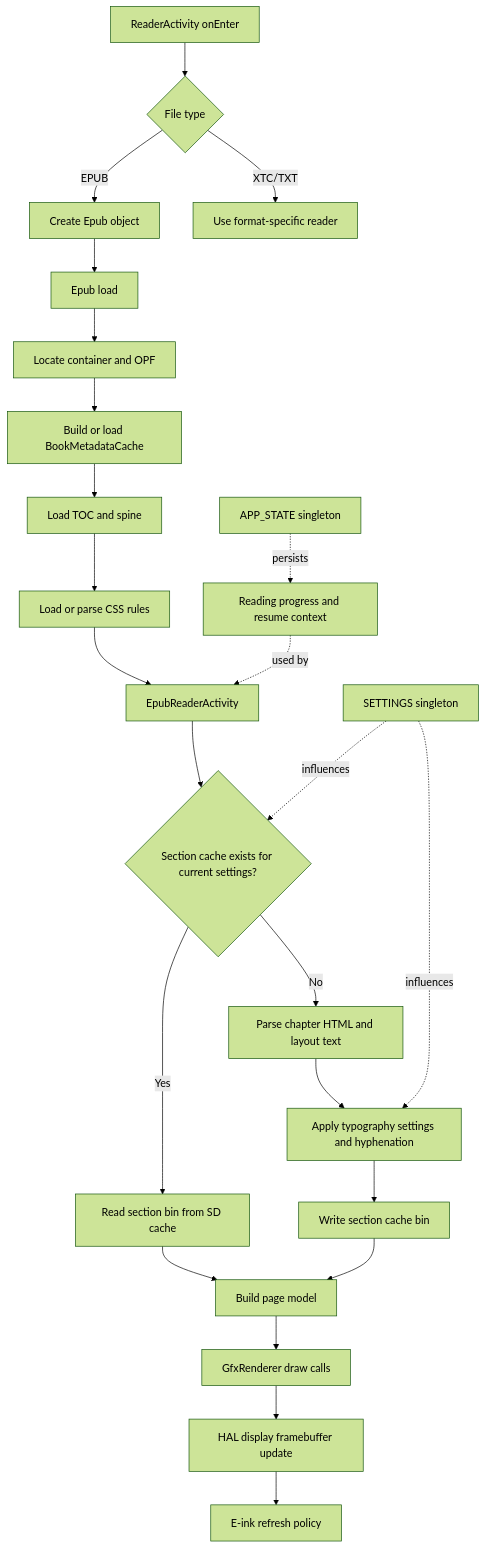
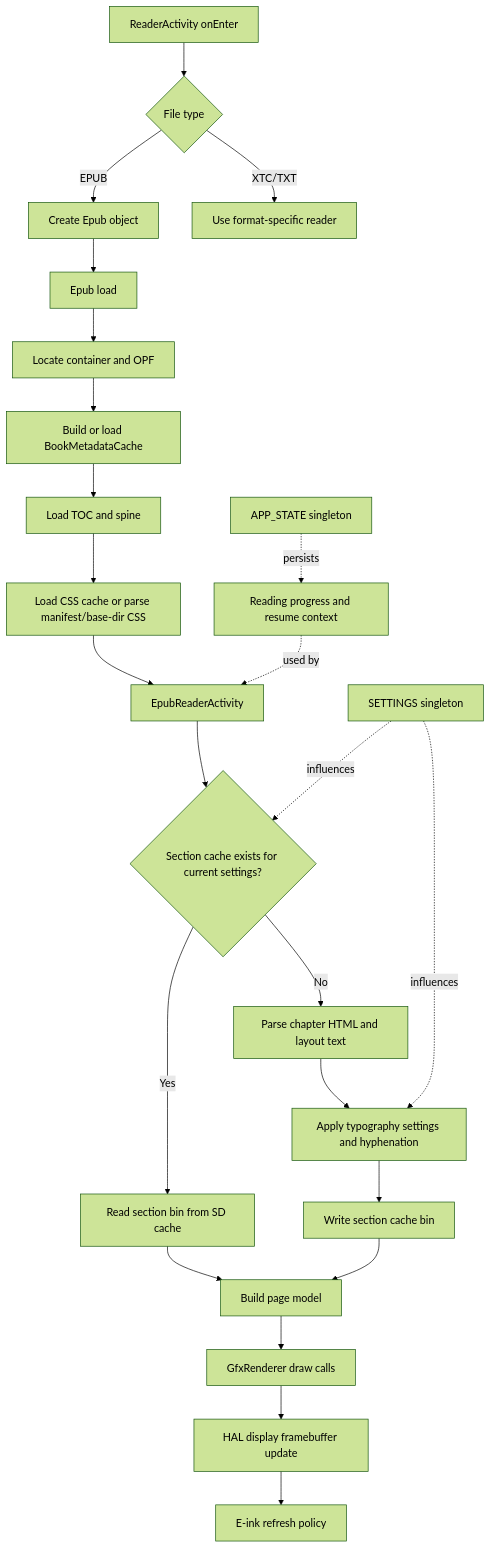
Before and after one commit to claritise/lexipoint: the fourth of 4 diagrams in firmware/docs/contributing/architecture.md, drawn with Mermaid (forest theme). The commit also changed other lines of this file and 11 other files, not shown here.

````diff
--- a/firmware/docs/contributing/architecture.md
+++ b/firmware/docs/contributing/architecture.md
@@ -91,30 +93,30 @@
 ```mermaid
 flowchart TD
     A[ReaderActivity onEnter] --> B{File type}
     B -->|EPUB| C[Create Epub object]
     B -->|XTC/TXT| Z[Use format-specific reader]
 
     C --> D[Epub load]
     D --> E[Locate container and OPF]
     E --> F[Build or load BookMetadataCache]
     F --> G[Load TOC and spine]
-    G --> H[Load or parse CSS rules]
+    G --> H[Load CSS cache or parse manifest/base-dir CSS]
 
     H --> I[EpubReaderActivity]
     I --> J{Section cache exists for current settings?}
     J -->|Yes| K[Read section bin from SD cache]
     J -->|No| L[Parse chapter HTML and layout text]
     L --> M[Apply typography settings and hyphenation]
     M --> N[Write section cache bin]
 
     K --> O[Build page model]
     N --> O
     O --> P[GfxRenderer draw calls]
     P --> Q[HAL display framebuffer update]
     Q --> R[E-ink refresh policy]
 
     S[SETTINGS singleton] -. influences .-> J
     S -. influences .-> M
     T[APP_STATE singleton] -. persists .-> U[Reading progress and resume context]
     U -. used by .-> I
 ```
````
